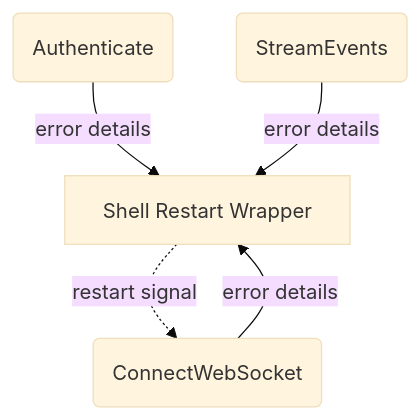
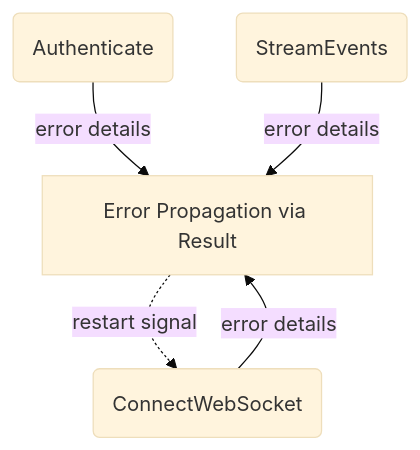
One commit to cosmoswafer/rockbot changed the second of 5 diagrams in _dfds/rocketchat.md. Above: the diagram before and after it, drawn with Mermaid (base theme). The commit also changed other lines of this file, not shown here.

````diff
--- a/_dfds/rocketchat.md
+++ b/_dfds/rocketchat.md
@@ -66,12 +67,12 @@
 ```mermaid
 flowchart TD
     AUTH(Authenticate)
     CONNECT(ConnectWebSocket)
     STREAM(StreamEvents)
-    RESTART[Shell Restart Wrapper]
+    RESTART[Error Propagation via Result<T>]
 
     AUTH -->|"error details"| RESTART
     CONNECT -->|"error details"| RESTART
     STREAM -->|"error details"| RESTART
     RESTART -.->|"restart signal"| CONNECT
 ```
````
